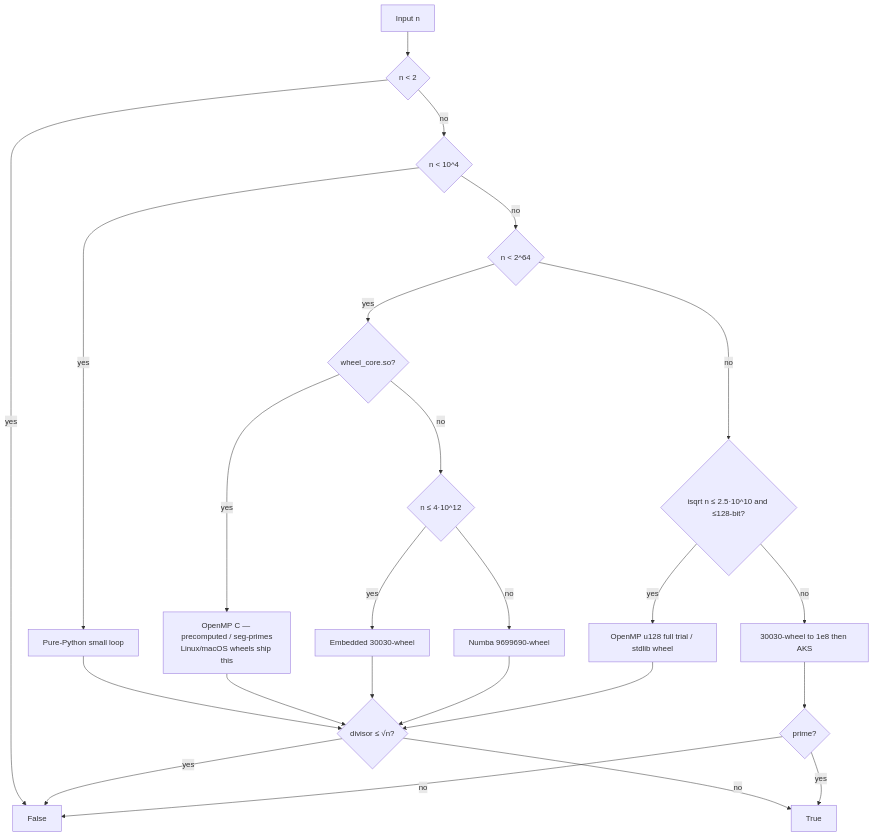
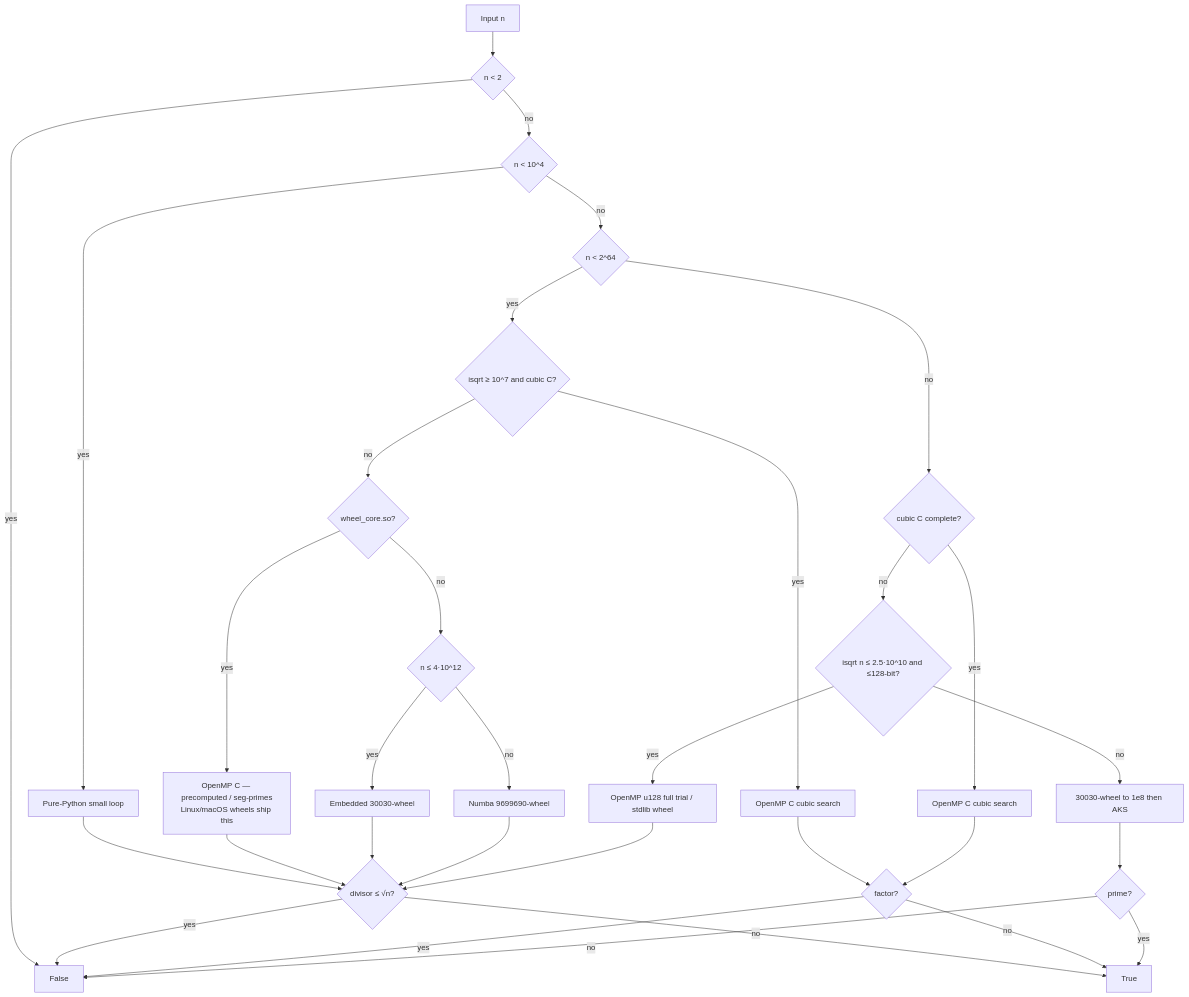
One commit to BurakAhmet/Best-Prime-Number-Function changed the diagram in docs/guide/engines.md. Above: the diagram before and after it, drawn with Mermaid. The commit also changed other lines of this file and 37 other files, not shown here.

First line of the commit message:
feat: complete cubic search for hard 64-bit and CLI default n (#56)

````diff
--- a/docs/guide/engines.md
+++ b/docs/guide/engines.md
@@ -20,26 +22,34 @@
 ```mermaid
 flowchart TD
   A[Input n] --> B{n < 2}
   B -->|yes| Z1[False]
   B -->|no| C{n < 10^4}
   C -->|yes| P1[Pure-Python small loop]
   C -->|no| D{n < 2^64}
-  D -->|yes| E{wheel_core.so?}
+  D -->|yes| E0{isqrt ≥ 10^7 and cubic C?}
+  E0 -->|yes| P7[OpenMP C cubic search]
+  P7 --> Z3
+  E0 -->|no| E{wheel_core.so?}
   E -->|yes| P2[OpenMP C — precomputed / seg-primes<br/>Linux/macOS wheels ship this]
   E -->|no| F{n ≤ 4·10^12}
   F -->|yes| P3[Embedded 30030-wheel]
   F -->|no| P4[Numba 9699690-wheel]
   P1 --> G{divisor ≤ √n?}
   P2 --> G
   P3 --> G
   P4 --> G
   G -->|yes| Z1
   G -->|no| Z2[True]
-  D -->|no| H{isqrt n ≤ 2.5·10^10 and ≤128-bit?}
+  D -->|no| H0{cubic C complete?}
+  H0 -->|yes| P6[OpenMP C cubic search]
+  P6 --> Z3{factor?}
+  Z3 -->|yes| Z1
+  Z3 -->|no| Z2
+  H0 -->|no| H{isqrt n ≤ 2.5·10^10 and ≤128-bit?}
   H -->|yes| P5[OpenMP u128 full trial / stdlib wheel]
   P5 --> G
   H -->|no| I[30030-wheel to 1e8 then AKS]
   I --> L{prime?}
   L -->|yes| Z2
   L -->|no| Z1
 ```
````
